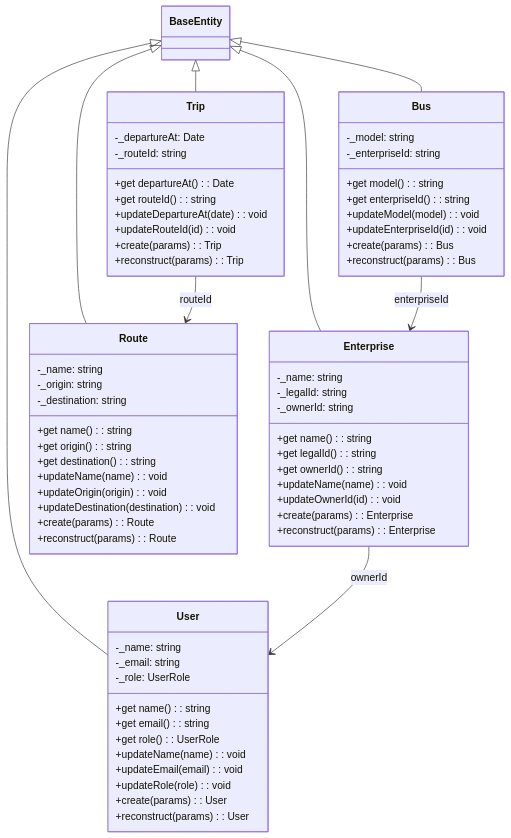
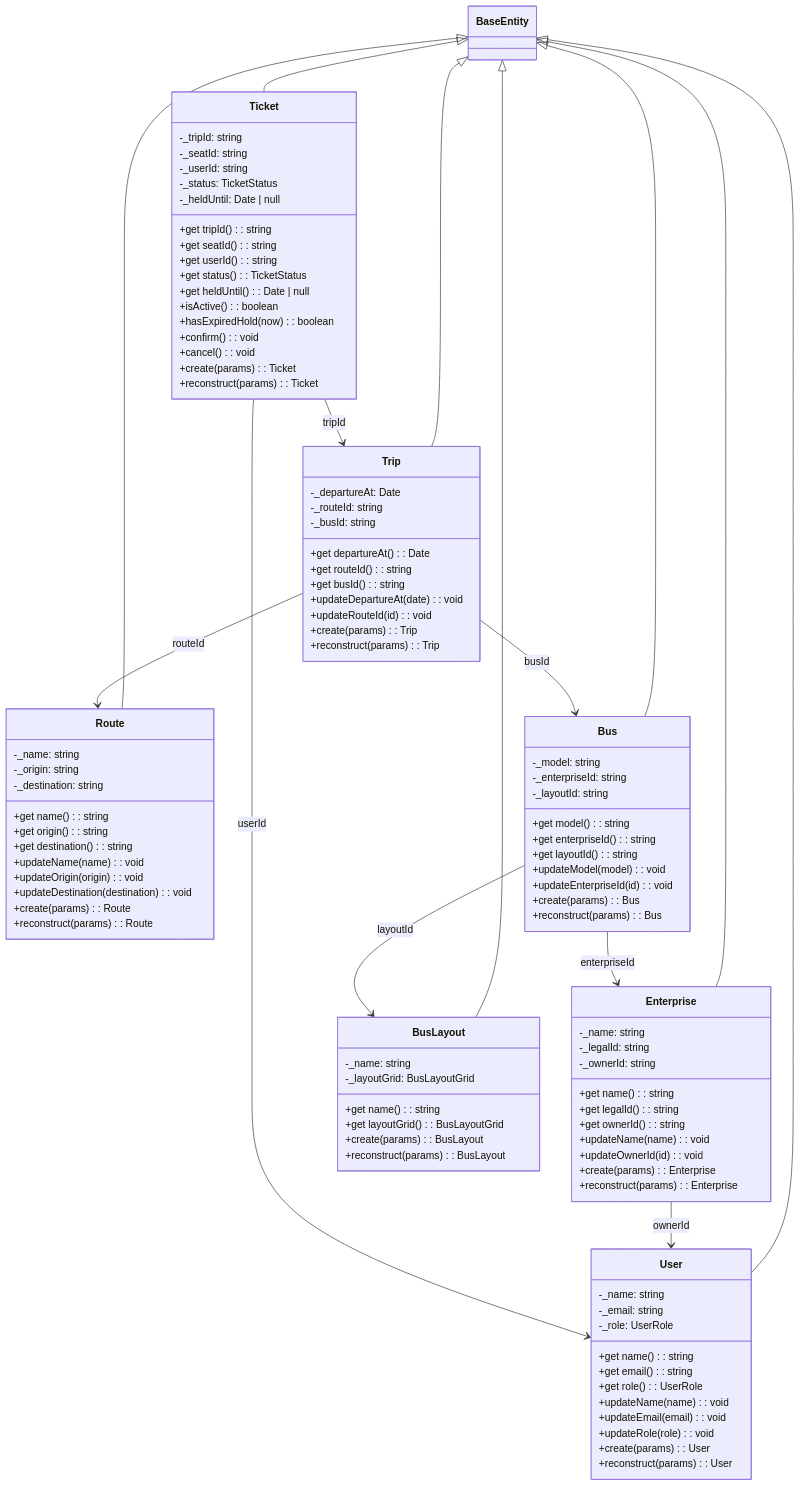
The second of 2 diagrams in docs/02_ENTITIES.md (Agustin-Perezz/bus-system), drawn with Mermaid before and after one commit. The commit also changed other lines of this file and 3 other files, not shown here.

Commit message:
Document the ticket seat state table and its database constraints

````diff
--- a/docs/02_ENTITIES.md
+++ b/docs/02_ENTITIES.md
@@ -79,11 +79,21 @@
         +create(params): User
         +reconstruct(params): User
     }
+    class BusLayout {
+        -_name: string
+        -_layoutGrid: BusLayoutGrid
+        +get name(): string
+        +get layoutGrid(): BusLayoutGrid
+        +create(params): BusLayout
+        +reconstruct(params): BusLayout
+    }
     class Bus {
         -_model: string
         -_enterpriseId: string
+        -_layoutId: string
         +get model(): string
         +get enterpriseId(): string
+        +get layoutId(): string
         +updateModel(model): void
         +updateEnterpriseId(id): void
         +create(params): Bus
@@ -92,21 +102,47 @@
     class Trip {
         -_departureAt: Date
         -_routeId: string
+        -_busId: string
         +get departureAt(): Date
         +get routeId(): string
+        +get busId(): string
         +updateDepartureAt(date): void
         +updateRouteId(id): void
         +create(params): Trip
         +reconstruct(params): Trip
     }
+    class Ticket {
+        -_tripId: string
+        -_seatId: string
+        -_userId: string
+        -_status: TicketStatus
+        -_heldUntil: Date | null
+        +get tripId(): string
+        +get seatId(): string
+        +get userId(): string
+        +get status(): TicketStatus
+        +get heldUntil(): Date | null
+        +isActive(): boolean
+        +hasExpiredHold(now): boolean
+        +confirm(): void
+        +cancel(): void
+        +create(params): Ticket
+        +reconstruct(params): Ticket
+    }
 
     BaseEntity <|-- Enterprise
     BaseEntity <|-- Route
     BaseEntity <|-- User
+    BaseEntity <|-- BusLayout
     BaseEntity <|-- Bus
     BaseEntity <|-- Trip
+    BaseEntity <|-- Ticket
 
     Enterprise --> User : ownerId
     Bus --> Enterprise : enterpriseId
+    Bus --> BusLayout : layoutId
     Trip --> Route : routeId
+    Trip --> Bus : busId
+    Ticket --> Trip : tripId
+    Ticket --> User : userId
 ```
````
